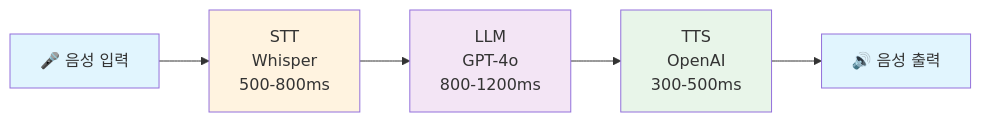
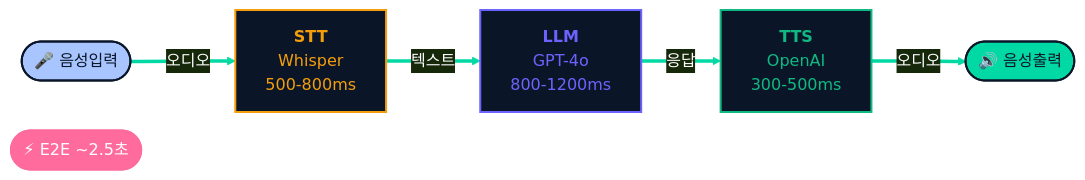
Before and after one commit to KernelAcademy-AICamp/ai-camp-3rd-chatbot-pjt-IMSAM: the third of 15 diagrams in docs/figma-mermaid-diagrams.md, drawn with Mermaid. The commit also changed other lines of this file and 1 other file, not shown here.

````diff
--- a/docs/figma-mermaid-diagrams.md
+++ b/docs/figma-mermaid-diagrams.md
@@ -67,13 +97,17 @@
 ```mermaid
+%%{init: {'theme': 'base', 'themeVariables': { 'primaryColor': '#0A1628', 'primaryTextColor': '#fff', 'lineColor': '#00D9A3'}}}%%
 flowchart LR
-    A[🎤 음성 입력] --> B[STT<br/>Whisper<br/>500-800ms]
-    B --> C[LLM<br/>GPT-4o<br/>800-1200ms]
-    C --> D[TTS<br/>OpenAI<br/>300-500ms]
-    D --> E[🔊 음성 출력]
+    A(["🎤 음성입력"]) ==>|오디오| B["<b>STT</b><br/>Whisper<br/>500-800ms"]
+    B ==>|텍스트| C["<b>LLM</b><br/>GPT-4o<br/>800-1200ms"]
+    C ==>|응답| D["<b>TTS</b><br/>OpenAI<br/>300-500ms"]
+    D ==>|오디오| E(["🔊 음성출력"])
 
-    style A fill:#e1f5fe
-    style B fill:#fff3e0
-    style C fill:#f3e5f5
-    style D fill:#e8f5e9
-    style E fill:#e1f5fe
+    L(["⚡ E2E ~2.5초"])
+
+    style A fill:#A8C5FF,stroke:#0A1628,color:#0A1628,stroke-width:2px
+    style B fill:#0A1628,stroke:#F59E0B,color:#F59E0B,stroke-width:2px
+    style C fill:#0A1628,stroke:#6C63FF,color:#6C63FF,stroke-width:2px
+    style D fill:#0A1628,stroke:#10B981,color:#10B981,stroke-width:2px
+    style E fill:#00D9A3,stroke:#0A1628,color:#0A1628,stroke-width:2px
+    style L fill:#FF6B9D,stroke:#FF6B9D,color:#fff,stroke-width:2px
 ```
````
